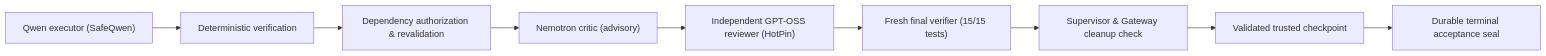
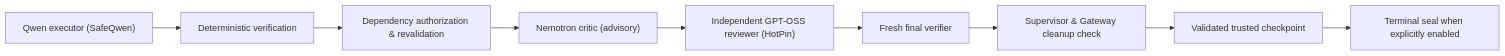
Before and after one commit to MilJav11/triglav-harness: the diagram in README.md, drawn with Mermaid. The commit also changed other lines of this file and 12 other files, not shown here.

````diff
--- a/README.md
+++ b/README.md
@@ -36,11 +42,11 @@
 ```mermaid
 flowchart LR
     E["Qwen executor (SafeQwen)"] --> V["Deterministic verification"]
     V --> D["Dependency authorization & revalidation"]
     D --> C["Nemotron critic (advisory)"]
     C --> R["Independent GPT-OSS reviewer (HotPin)"]
-    R --> F["Fresh final verifier (15/15 tests)"]
+    R --> F["Fresh final verifier"]
     F --> S["Supervisor & Gateway cleanup check"]
     S --> K["Validated trusted checkpoint"]
-    K --> T["Durable terminal acceptance seal"]
+    K --> T["Terminal seal when explicitly enabled"]
 ```
````
